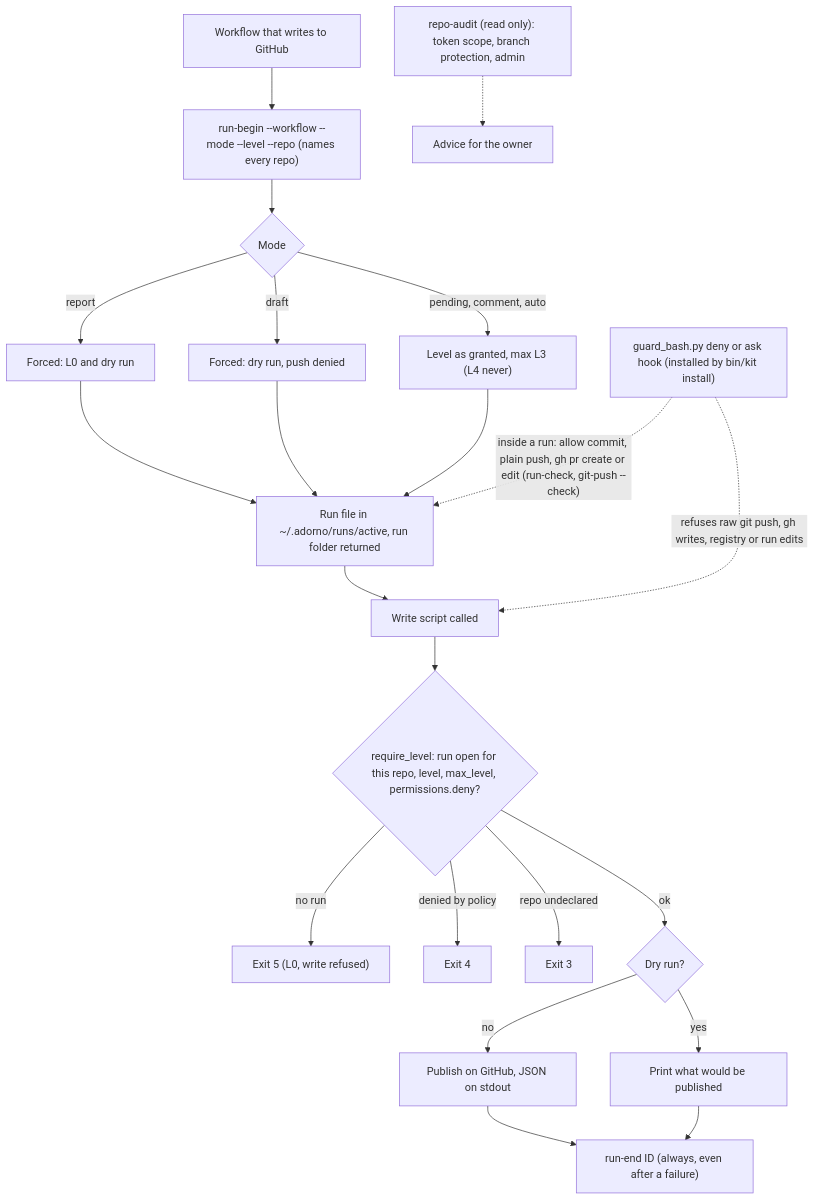
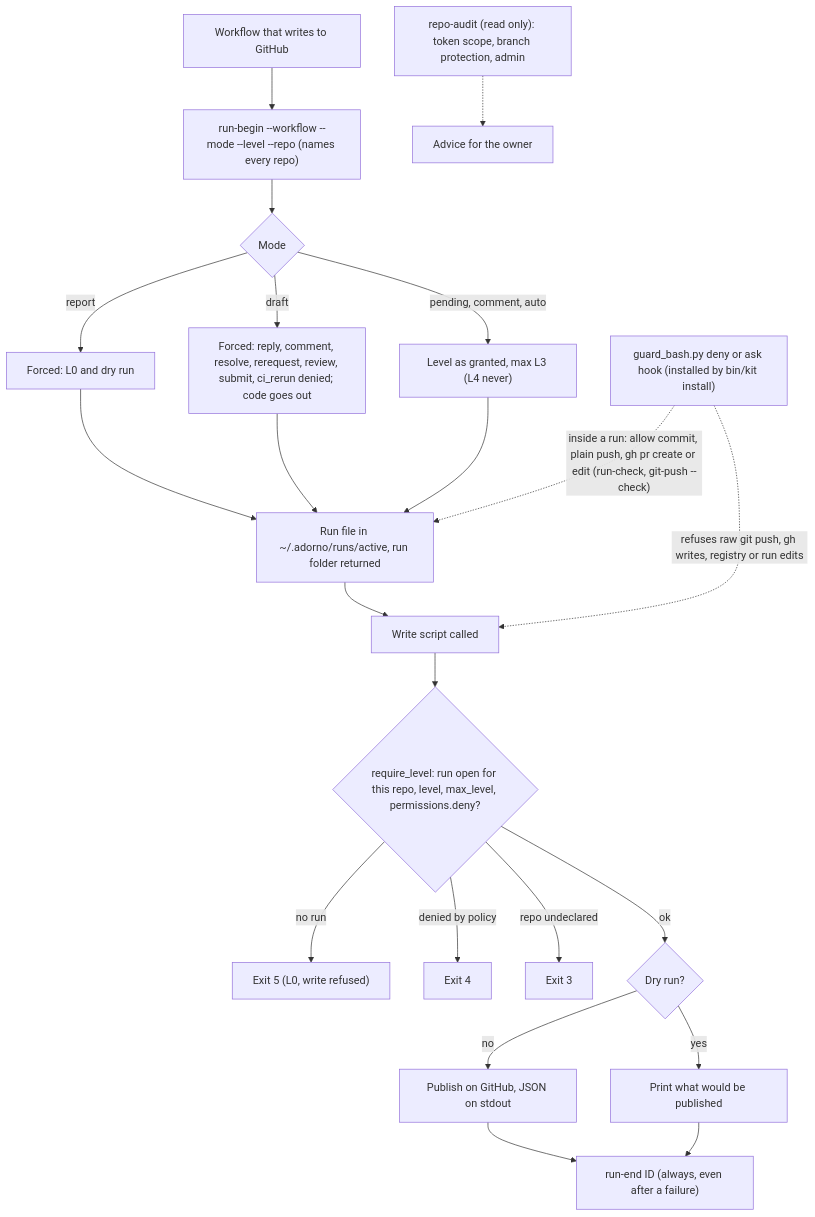
Before and after one commit to nicolasmondain/adorno: the first of 2 diagrams in src/skills/adorno-github/SCHEMA.md, drawn with Mermaid. The commit also changed 20 other files, not shown here.

First line of the commit message:
feat(github): let draft runs push code while conversations stay local

````diff
--- a/src/skills/adorno-github/SCHEMA.md
+++ b/src/skills/adorno-github/SCHEMA.md
@@ -5,24 +5,24 @@
 ```mermaid
 flowchart TD
   W["Workflow that writes to GitHub"] --> RB["run-begin --workflow --mode --level --repo (names every repo)"]
   RB --> MD{"Mode"}
   MD -->|"report"| F1["Forced: L0 and dry run"]
-  MD -->|"draft"| F2["Forced: dry run, push denied"]
+  MD -->|"draft"| F2["Forced: reply, comment, resolve, rerequest, review, submit, ci_rerun denied; code goes out"]
   MD -->|"pending, comment, auto"| F3["Level as granted, max L3 (L4 never)"]
   F1 --> RF["Run file in ~/.adorno/runs/active, run folder returned"]
   F2 --> RF
   F3 --> RF
   RF --> WS["Write script called"]
   WS --> CK{"require_level: run open for this repo, level, max_level, permissions.deny?"}
   CK -->|"no run"| X5["Exit 5 (L0, write refused)"]
   CK -->|"denied by policy"| X4["Exit 4"]
   CK -->|"repo undeclared"| X3["Exit 3"]
   CK -->|"ok"| DR{"Dry run?"}
   DR -->|"yes"| PR["Print what would be published"]
   DR -->|"no"| GH["Publish on GitHub, JSON on stdout"]
   GH --> RE["run-end ID (always, even after a failure)"]
   PR --> RE
   GD["guard_bash.py deny or ask hook (installed by bin/kit install)"] -.->|"refuses raw git push, gh writes, registry or run edits"| WS
   GD -.->|"inside a run: allow commit, plain push, gh pr create or edit (run-check, git-push --check)"| RF
   RA["repo-audit (read only): token scope, branch protection, admin"] -.-> OUTA["Advice for the owner"]
 ```
````
